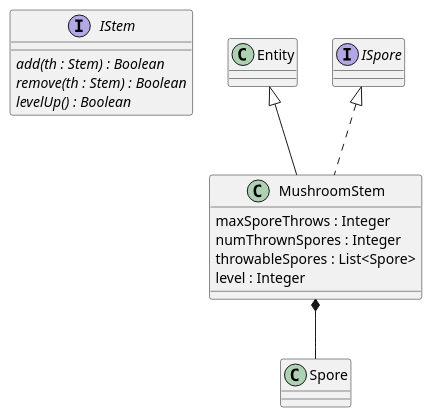
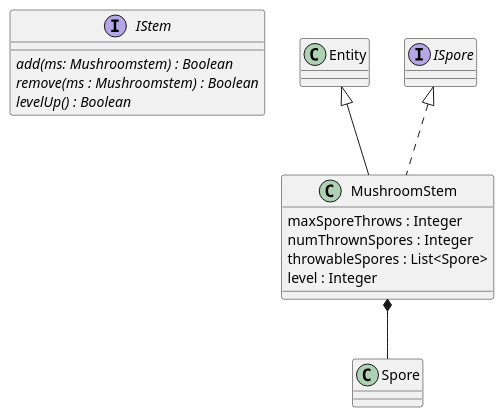
The diagram in 5/classes/mushroom/mushroomStem.puml (Petya-G/fungorium), drawn with PlantUML before and after one commit. The commit also changed 1 other file, not shown here.

```diff
--- a/5/classes/mushroom/mushroomStem.puml
+++ b/5/classes/mushroom/mushroomStem.puml
@@ -1,17 +1,17 @@
 @startuml stem
 
 interface IStem{
-    {abstract} add(th : Stem) : Boolean
-    {abstract} remove(th : Stem) : Boolean
+    {abstract} add(ms: Mushroomstem) : Boolean
+    {abstract} remove(ms : Mushroomstem) : Boolean
     {abstract} levelUp() : Boolean
 }
 
 MushroomStem *-- Spore
 class MushroomStem extends Entity implements ISpore{
     maxSporeThrows : Integer
     numThrownSpores : Integer
     throwableSpores : List<Spore>
     level : Integer
 }
 
 @enduml
```
